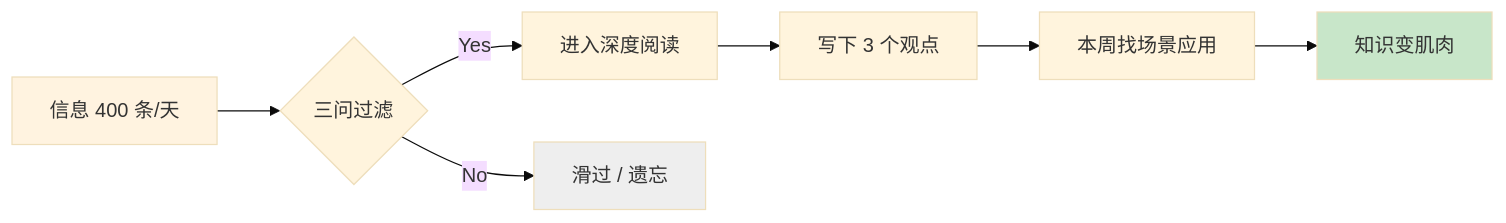
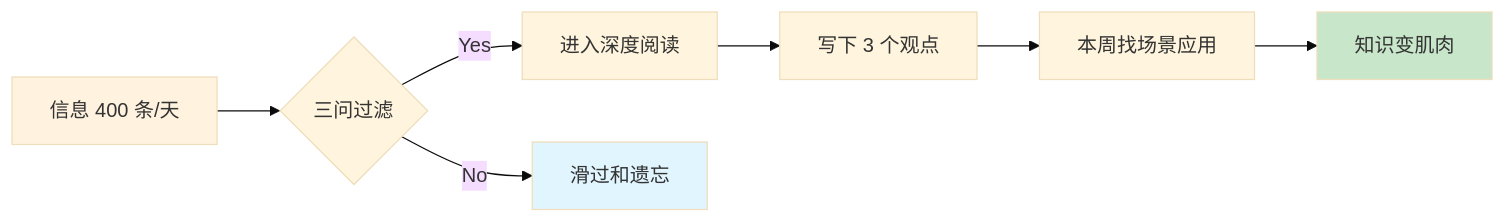
Before and after one commit to chongyang211/YCBookBlog: the fifth of 6 diagrams in packages/website/11.书籍/04.自我精进·学习/06.信息过载怎么办.md, drawn with Mermaid (base theme). The commit also changed other lines of this file and 17 other files, not shown here.

````diff
--- a/packages/website/11.书籍/04.自我精进·学习/06.信息过载怎么办.md
+++ b/packages/website/11.书籍/04.自我精进·学习/06.信息过载怎么办.md
@@ -157,12 +185,12 @@
 ```mermaid
 graph LR
     A[信息 400 条/天] --> B{三问过滤}
     B -->|Yes| C[进入深度阅读]
-    B -->|No| D[滑过 / 遗忘]
+    B -->|No| D[滑过和遗忘]
     C --> E[写下 3 个观点]
     E --> F[本周找场景应用]
     F --> G[知识变肌肉]
     style A fill:#fff3e0
     style G fill:#c8e6c9
-    style D fill:#eeeeee
+    style D fill:#e1f5fe
 ```
````
